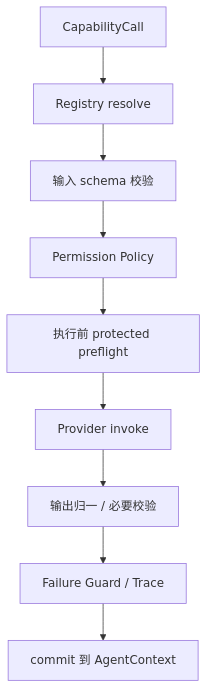
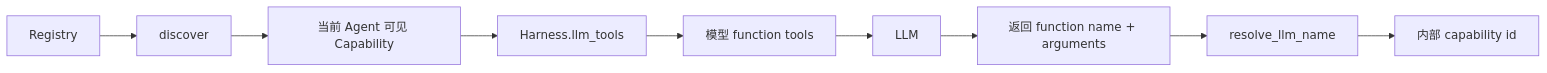
Before and after one commit to Arthur999459up/GitAgent: the sixth of 15 diagrams in docs/05-capability-and-tool-system.md, drawn with Mermaid. The commit also changed other lines of this file and 3 other files, not shown here.

````diff
--- a/docs/05-capability-and-tool-system.md
+++ b/docs/05-capability-and-tool-system.md
@@ -107,11 +382,11 @@
 ```mermaid
-flowchart TD
-    A[CapabilityCall] --> R[Registry resolve]
-    R --> S[输入 schema 校验]
-    S --> P[Permission Policy]
-    P --> X[执行前 protected preflight]
-    X --> V[Provider invoke]
-    V --> O[输出归一 / 必要校验]
-    O --> F[Failure Guard / Trace]
-    F --> C[commit 到 AgentContext]
+flowchart LR
+    REG[Registry] --> D[discover]
+    D --> V[当前 Agent 可见 Capability]
+    V --> L[Harness.llm_tools]
+    L --> F[模型 function tools]
+    F --> M[LLM]
+    M --> FN[返回 function name + arguments]
+    FN --> RES[resolve_llm_name]
+    RES --> CID[内部 capability id]
 ```
````
